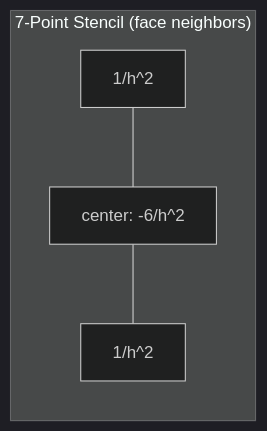
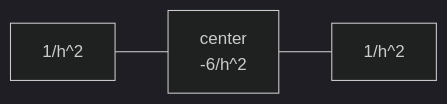
The first of 6 diagrams in docs/DESIGN.md (myousefi2016/Allen-Cahn-CUDA), drawn with Mermaid (dark theme) before and after one commit. The commit also changed other lines of this file and 3 other files, not shown here.

First line of the commit message:
Documentation: rewrite README, ARCHITECTURE, DESIGN, THEORY for full code parity

````diff
--- a/docs/DESIGN.md
+++ b/docs/DESIGN.md
@@ -52,6 +99,4 @@
 ```mermaid
 graph LR
-    subgraph "7-Point Stencil (face neighbors)"
-        A["1/h^2"] --- C["center: -6/h^2"] --- B["1/h^2"]
-    end
+    A["1/h^2"] --- C["center<br/>-6/h^2"] --- B["1/h^2"]
 ```
````
